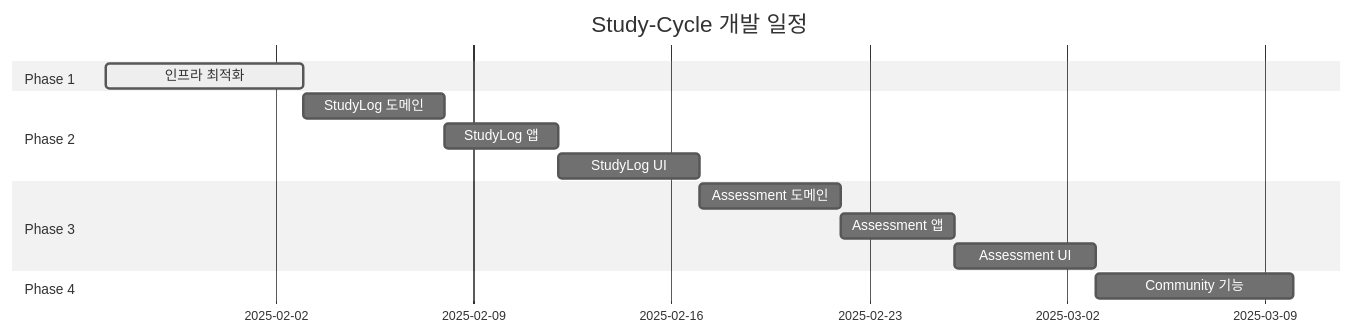
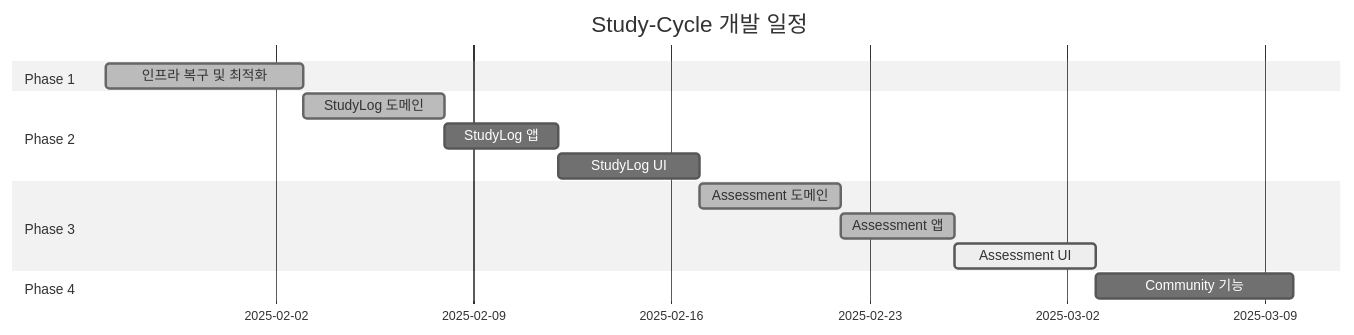
Before and after one commit to positivemultiplier/posmul: the third of 4 diagrams in docs/study-cycle/reports/study-cycle-task-list.md, drawn with Mermaid (neutral theme). The commit also changed other lines of this file and 118 other files, not shown here.

````diff
--- a/docs/study-cycle/reports/study-cycle-task-list.md
+++ b/docs/study-cycle/reports/study-cycle-task-list.md
@@ -300,20 +384,20 @@
 ```mermaid
 gantt
     title Study-Cycle 개발 일정
     dateFormat  YYYY-MM-DD
     section Phase 1
-    인프라 최적화     :active, p1, 2025-01-27, 7d
+    인프라 복구 및 최적화     :done, p1, 2025-01-27, 7d
     
     section Phase 2  
-    StudyLog 도메인   :p2a, 2025-02-03, 5d
-    StudyLog 앱      :p2b, after p2a, 4d
+    StudyLog 도메인   :done, p2a, 2025-02-03, 5d
+    StudyLog 앱      :p2b, 2025-02-08, 4d
     StudyLog UI      :p2c, after p2b, 5d
     
     section Phase 3
-    Assessment 도메인 :p3a, 2025-02-17, 5d
-    Assessment 앱     :p3b, after p3a, 4d
-    Assessment UI     :p3c, after p3b, 5d
+    Assessment 도메인 :done, p3a, 2025-02-17, 5d
+    Assessment 앱     :done, p3b, after p3a, 4d
+    Assessment UI     :active, p3c, after p3b, 5d
     
     section Phase 4
     Community 기능    :p4, 2025-03-03, 7d
 ```
````
